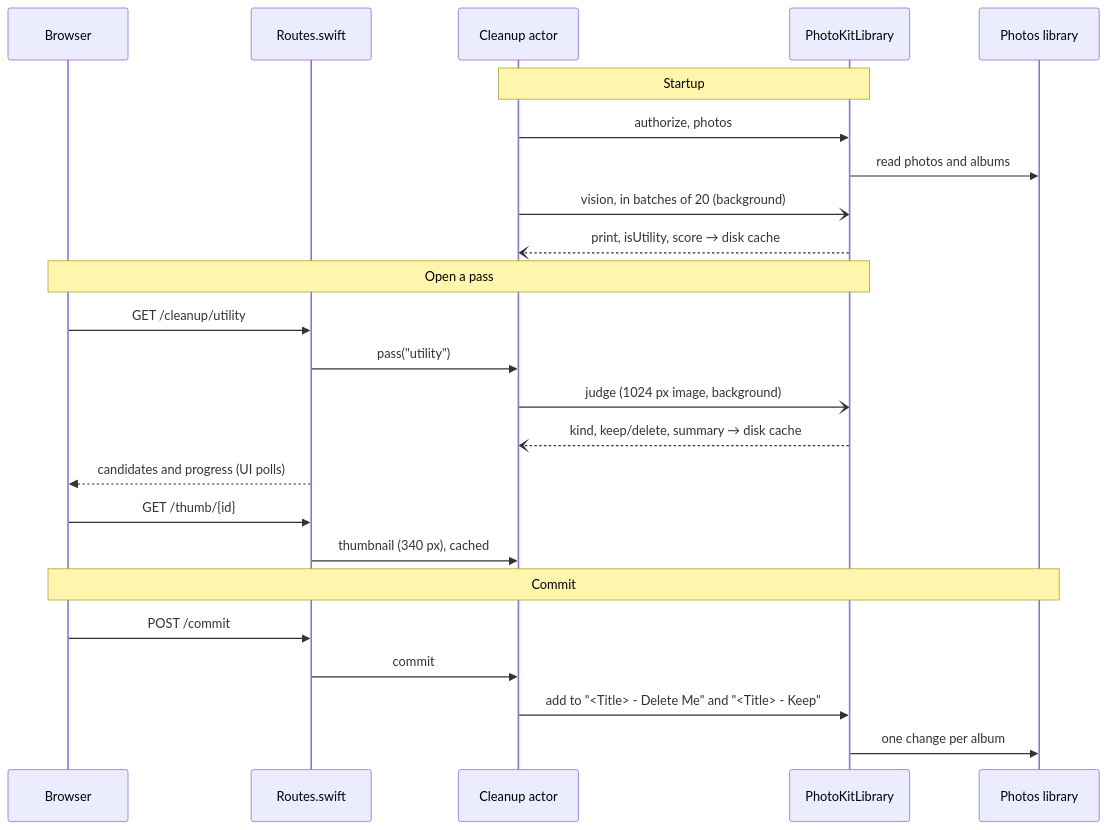
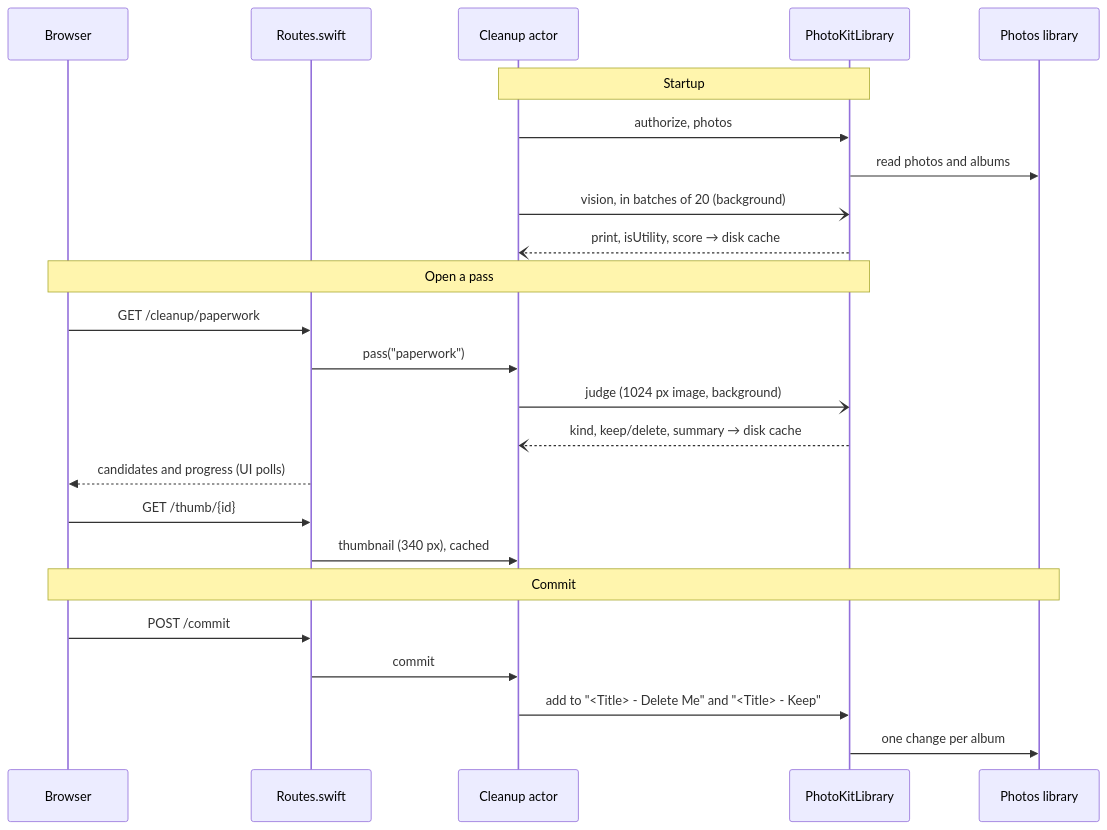
The second of 2 diagrams in ARCHITECTURE.md (khivi/photos-cleanup), drawn with Mermaid before and after one commit. The commit also changed other lines of this file and 10 other files, not shown here.

First line of the commit message:
Rename the Utility pass to Paperwork; tab tooltips; name the Delete Me albums

````diff
--- a/ARCHITECTURE.md
+++ b/ARCHITECTURE.md
@@ -91,29 +91,29 @@
 ```mermaid
 sequenceDiagram
     participant UI as Browser
     participant S as Routes.swift
     participant C as Cleanup actor
     participant L as PhotoKitLibrary
     participant P as Photos library
 
     Note over C,L: Startup
     C->>L: authorize, photos
     L->>P: read photos and albums
     C-)L: vision, in batches of 20 (background)
     L--)C: print, isUtility, score → disk cache
 
     Note over UI,L: Open a pass
-    UI->>S: GET /cleanup/utility
-    S->>C: pass("utility")
+    UI->>S: GET /cleanup/paperwork
+    S->>C: pass("paperwork")
     C-)L: judge (1024 px image, background)
     L--)C: kind, keep/delete, summary → disk cache
     S-->>UI: candidates and progress (UI polls)
     UI->>S: GET /thumb/{id}
     S->>C: thumbnail (340 px), cached
 
     Note over UI,P: Commit
     UI->>S: POST /commit
     S->>C: commit
     C->>L: add to "<Title> - Delete Me" and "<Title> - Keep"
     L->>P: one change per album
 ```
````
